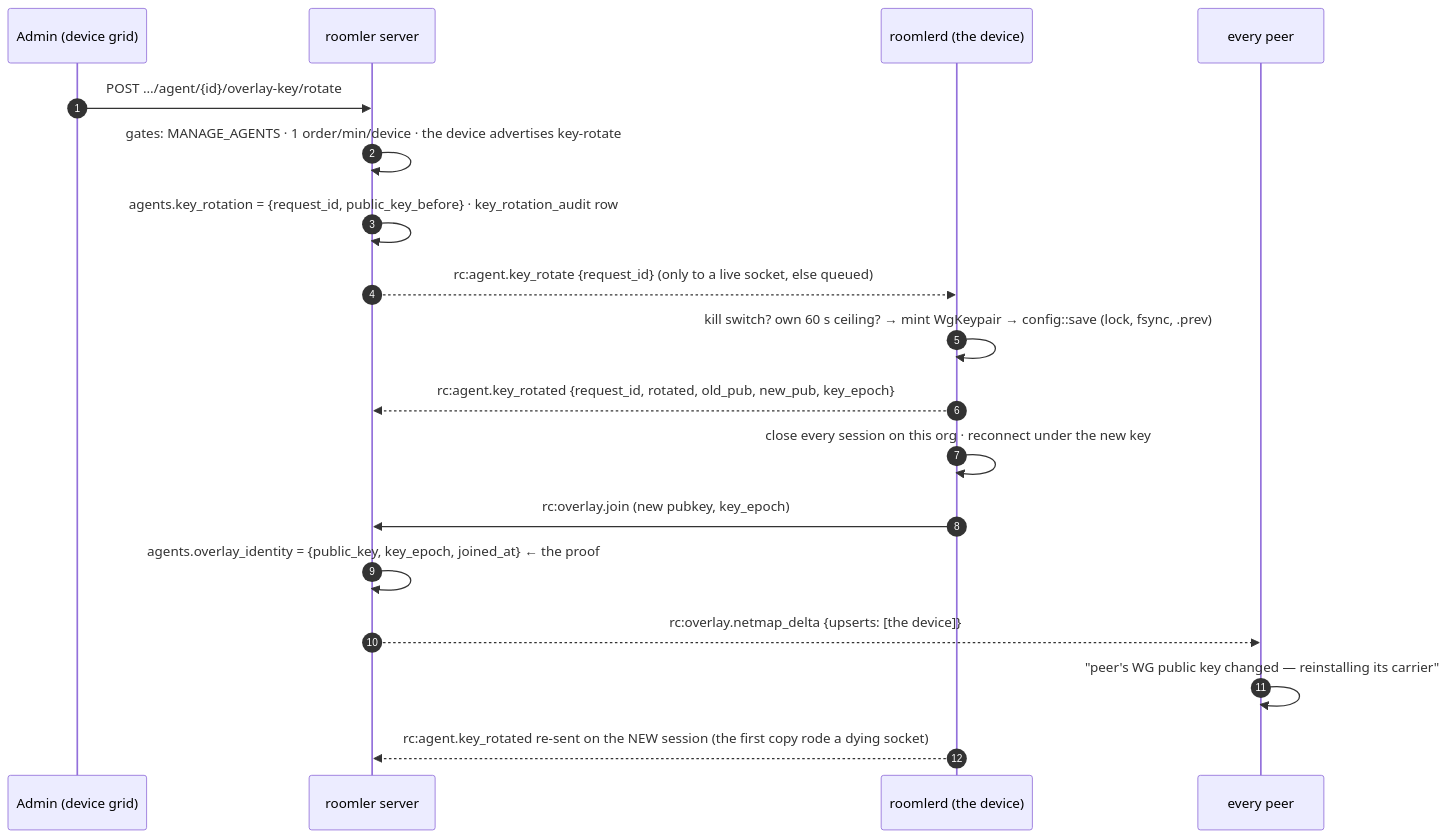
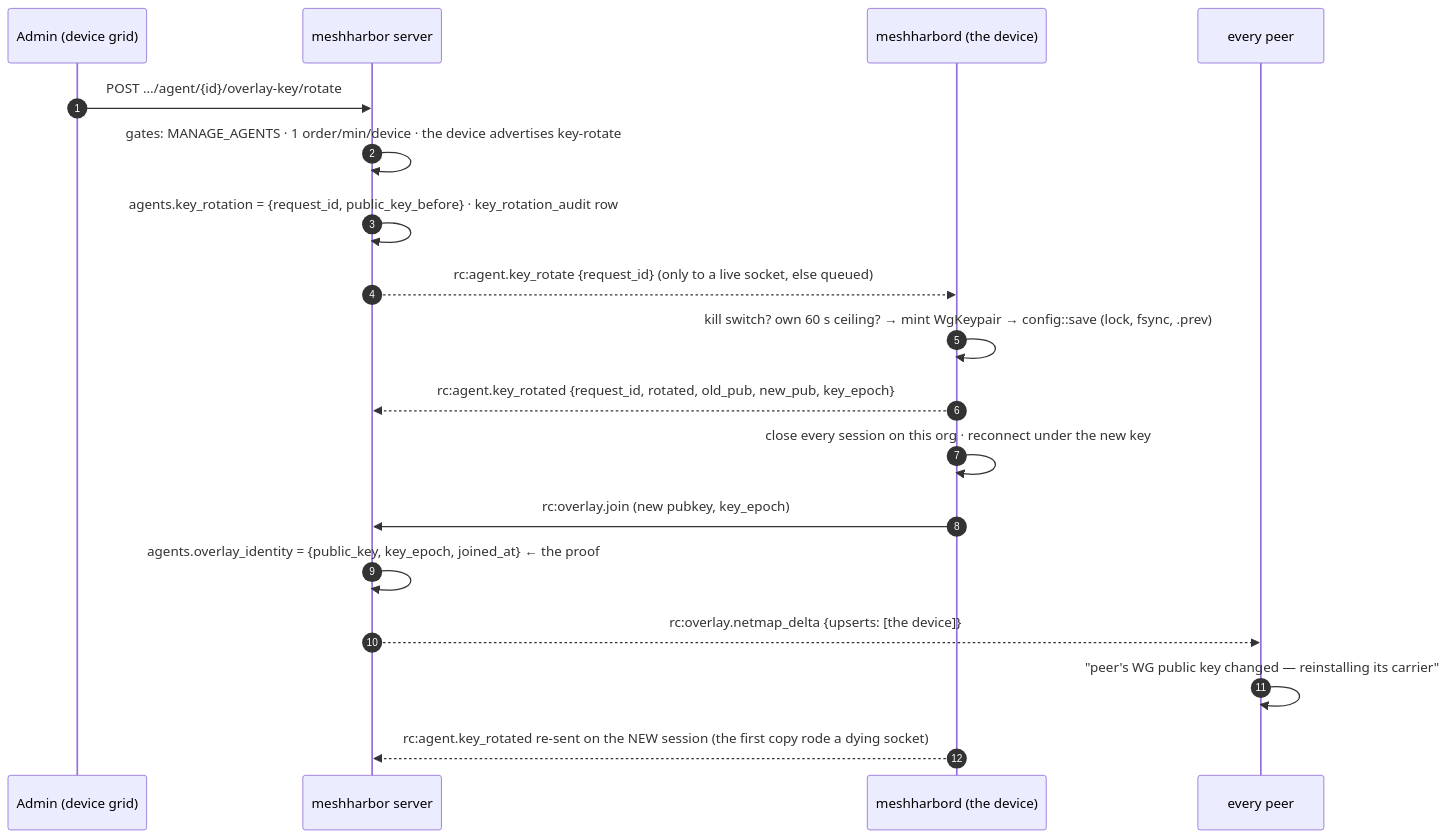
Before and after one commit to jk-zhang-meta/MeshHarbor: the first of 2 diagrams in docs/overlay-key-rotation.md, drawn with Mermaid. The commit also changed other lines of this file and 682 other files, not shown here.

````diff
--- a/docs/overlay-key-rotation.md
+++ b/docs/overlay-key-rotation.md
@@ -25,21 +25,21 @@
 ```mermaid
 sequenceDiagram
     autonumber
     participant A as Admin (device grid)
-    participant S as roomler server
-    participant D as roomlerd (the device)
+    participant S as meshharbor server
+    participant D as meshharbord (the device)
     participant P as every peer
 
     A->>S: POST …/agent/{id}/overlay-key/rotate
     S->>S: gates: MANAGE_AGENTS · 1 order/min/device · the device advertises key-rotate
     S->>S: agents.key_rotation = {request_id, public_key_before} · key_rotation_audit row
     S-->>D: rc:agent.key_rotate {request_id}  (only to a live socket, else queued)
     D->>D: kill switch? own 60 s ceiling? → mint WgKeypair → config::save (lock, fsync, .prev)
     D-->>S: rc:agent.key_rotated {request_id, rotated, old_pub, new_pub, key_epoch}
     D->>D: close every session on this org · reconnect under the new key
     D->>S: rc:overlay.join (new pubkey, key_epoch)
     S->>S: agents.overlay_identity = {public_key, key_epoch, joined_at}  ← the proof
     S-->>P: rc:overlay.netmap_delta {upserts: [the device]}
     P->>P: "peer's WG public key changed — reinstalling its carrier"
     D-->>S: rc:agent.key_rotated re-sent on the NEW session (the first copy rode a dying socket)
 ```
````
